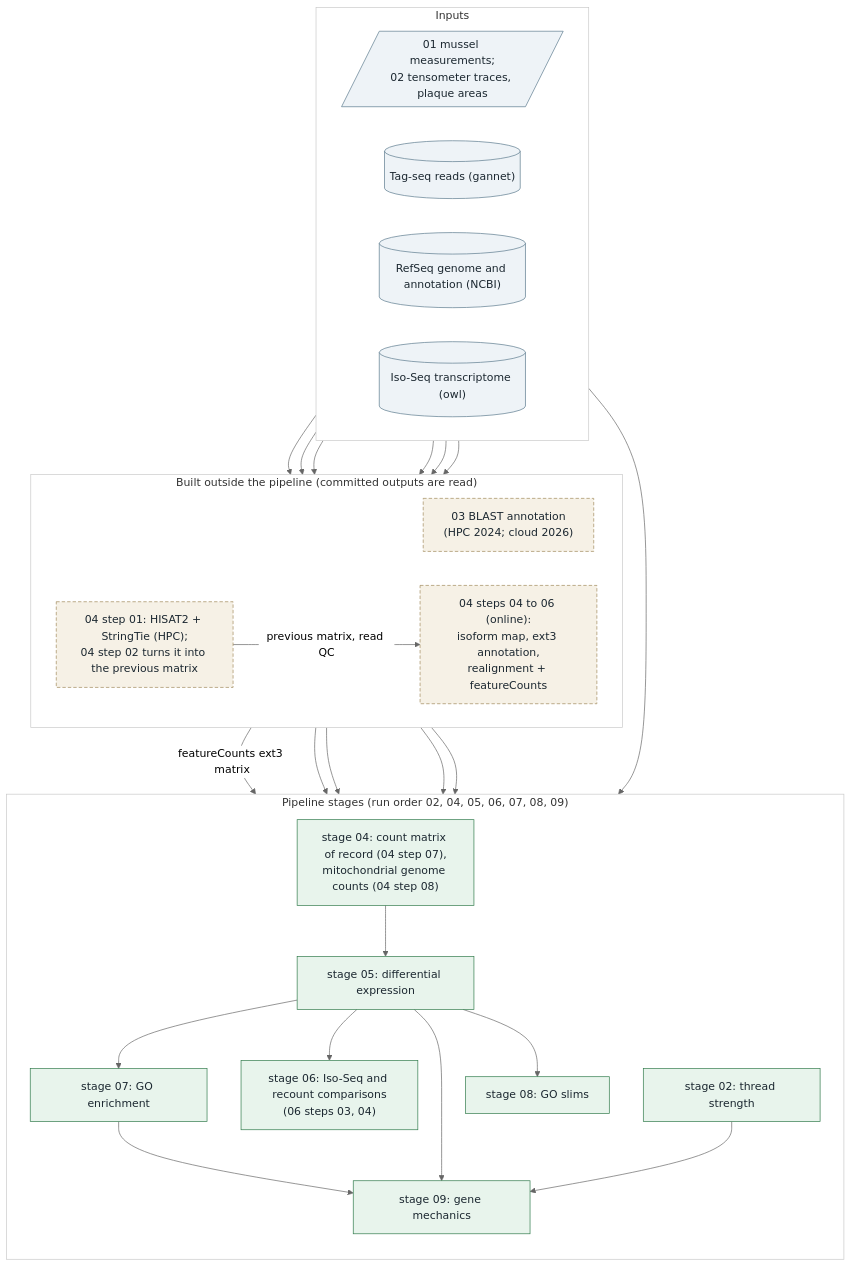
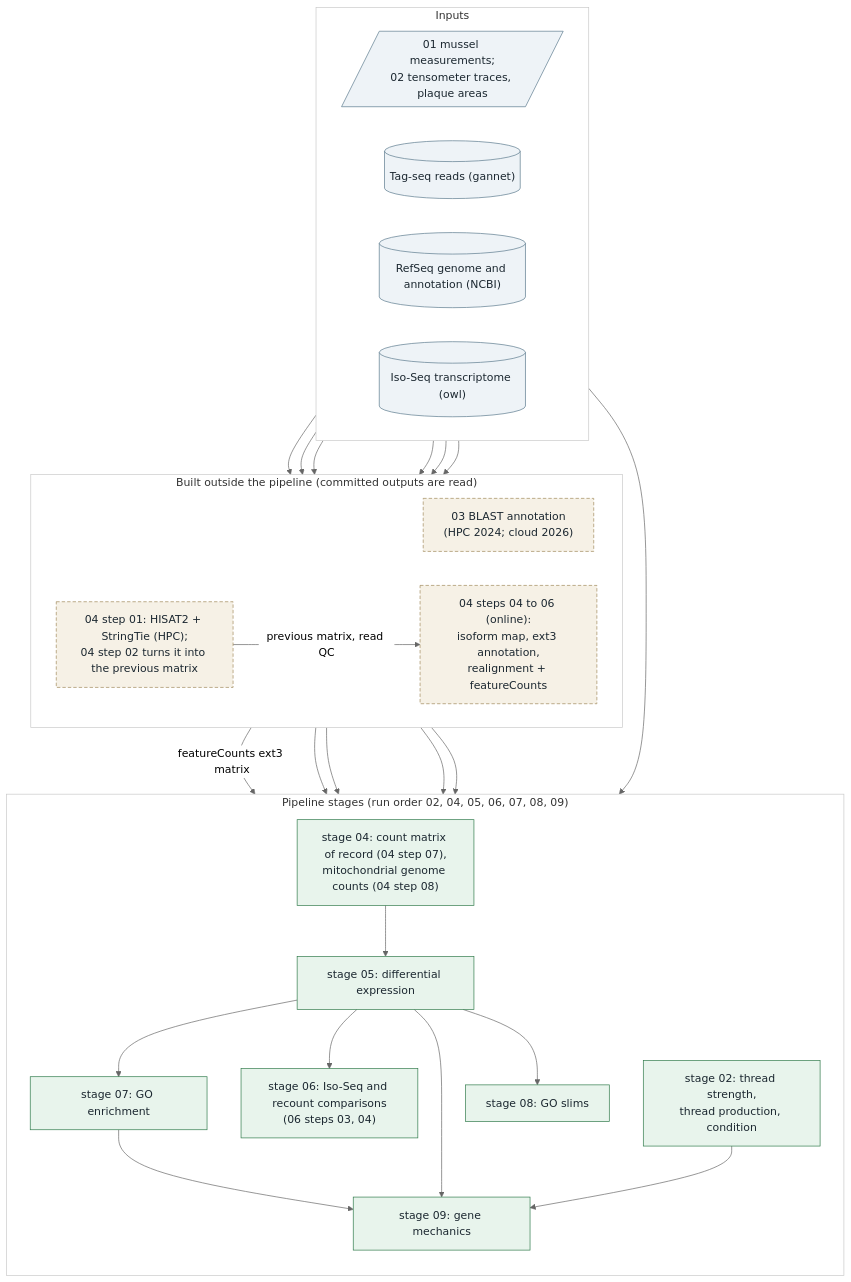
The first of 9 diagrams in README.md (mattgeorgephd/PSMFC-mytilus-byssus-pilot), drawn with Mermaid (neutral theme) before and after one commit. The commit also changed other lines of this file and 10 other files, not shown here.

First line of the commit message:
02 steps 07 and 08: thread production and condition for M. trossulus

````diff
--- a/README.md
+++ b/README.md
@@ -103,55 +103,55 @@
 ```mermaid
 flowchart TB
   subgraph IN["Inputs"]
     direction LR
     raw1[/"01 mussel measurements;<br>02 tensometer traces, plaque areas"/]
     reads[("Tag-seq reads (gannet)")]
     ref[("RefSeq genome and annotation (NCBI)")]
     iso[("Iso-Seq transcriptome (owl)")]
   end
   subgraph OFF["Built outside the pipeline (committed outputs are read)"]
     direction LR
     blast["03 BLAST annotation<br>(HPC 2024; cloud 2026)"]
     hpc["04 step 01: HISAT2 + StringTie (HPC);<br>04 step 02 turns it into the previous matrix"]
     build["04 steps 04 to 06 (online):<br>isoform map, ext3 annotation,<br>realignment + featureCounts"]
   end
   subgraph RUN["Pipeline stages (run order 02, 04, 05, 06, 07, 08, 09)"]
     direction TB
-    s02["stage 02: thread strength"]
+    s02["stage 02: thread strength,<br>thread production, condition"]
     s04["stage 04: count matrix of record (04 step 07),<br>mitochondrial genome counts (04 step 08)"]
     s05["stage 05: differential expression"]
     s06["stage 06: Iso-Seq and recount comparisons<br>(06 steps 03, 04)"]
     s07["stage 07: GO enrichment"]
     s08["stage 08: GO slims"]
     s09["stage 09: gene mechanics"]
   end
   raw1 --> s02
   reads --> hpc
   ref --> hpc
   ref --> blast
   reads --> build
   ref --> build
   iso --> build
   hpc -- "previous matrix, read QC" --> build
   build -- "featureCounts ext3 matrix" --> s04
   s04 --> s05
   blast --> s05
   blast --> s07
   blast --> s09
   s05 --> s06
   build --> s06
   s05 --> s07
   s05 --> s08
   s07 --> s09
   s05 --> s09
   s02 --> s09
   classDef ext fill:#eef3f7,stroke:#5b7a8c,color:#1b2730
   classDef off fill:#f6f1e6,stroke:#a08a5a,stroke-dasharray:5 3,color:#1b2730
   classDef run fill:#e8f4ec,stroke:#2f7a4a,color:#1b2730
   class raw1,reads,ref,iso ext
   class blast,hpc,build off
   class s02,s04,s05,s06,s07,s08,s09 run
   style IN fill:#ffffff,stroke:#c9c9c9
   style OFF fill:#ffffff,stroke:#c9c9c9
   style RUN fill:#ffffff,stroke:#c9c9c9
 ```
````
